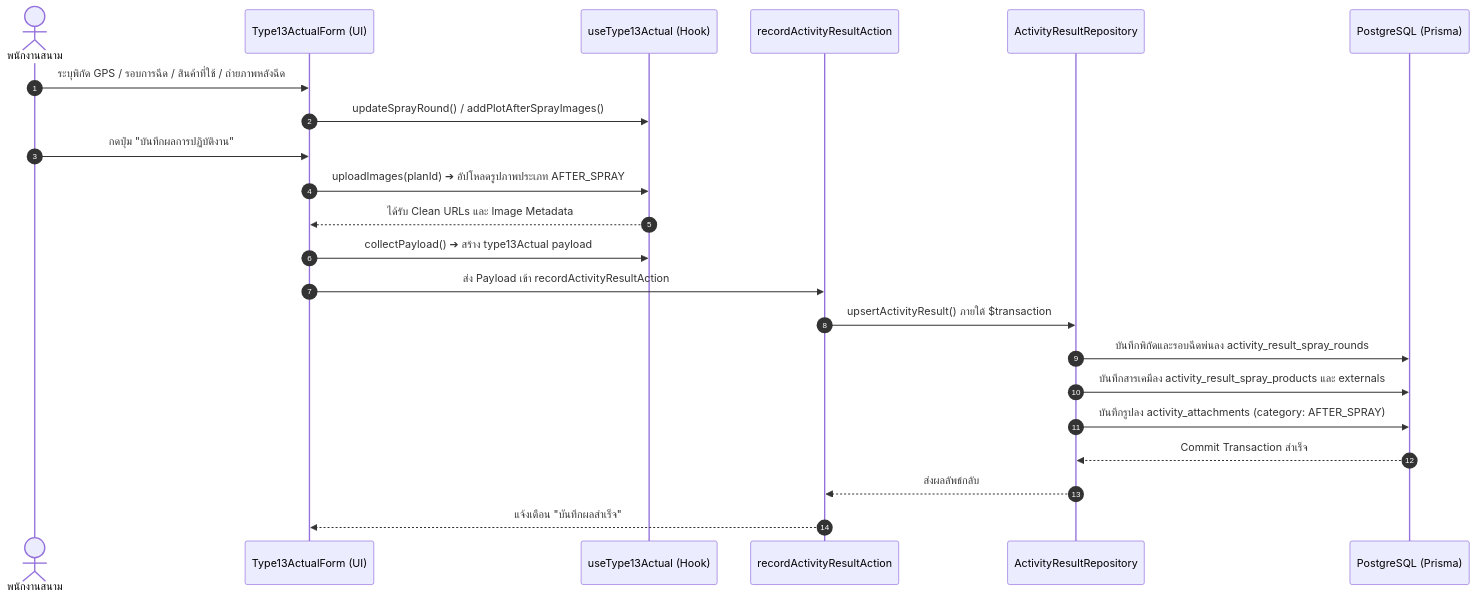
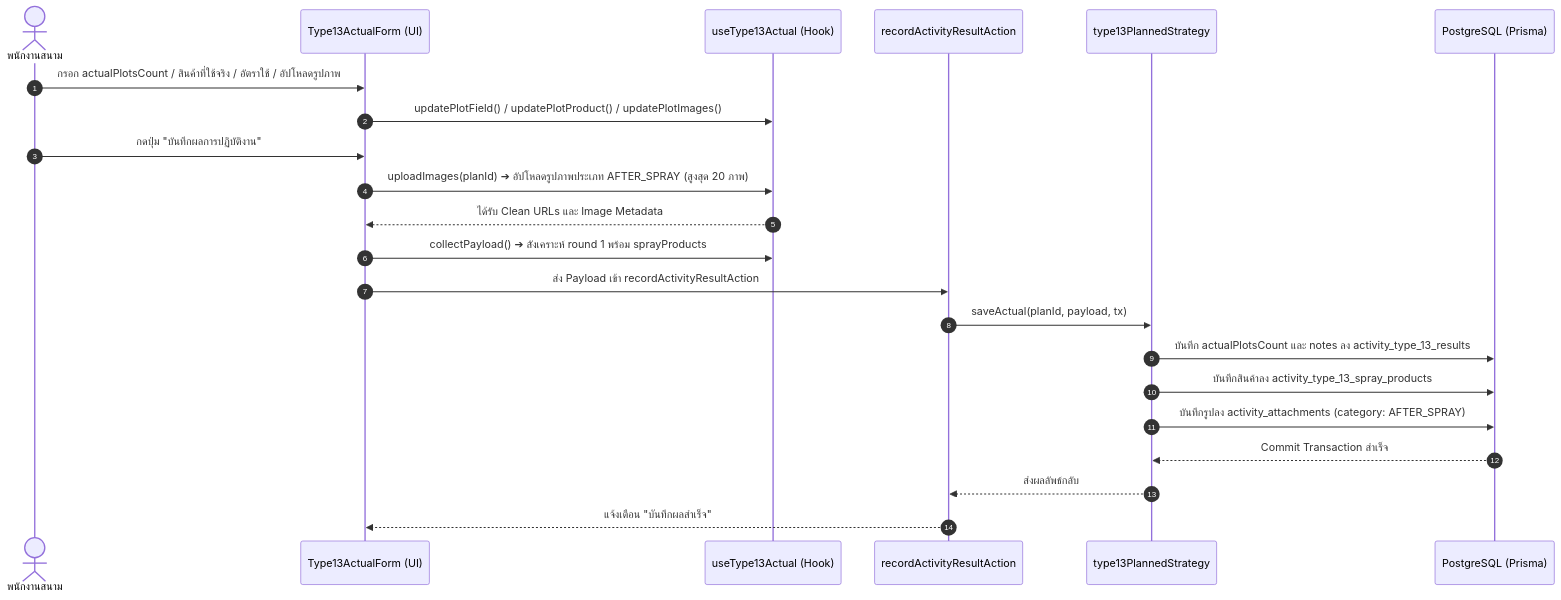
One commit to bankhk10/crm-bank changed the third of 3 diagrams in modules/activity/features/type-13/README.md. Above: the diagram before and after it, drawn with Mermaid. The commit also changed other lines of this file and 4 other files, not shown here.

````diff
--- a/modules/activity/features/type-13/README.md
+++ b/modules/activity/features/type-13/README.md
@@ -215,25 +222,25 @@
 ```mermaid
 sequenceDiagram
     autonumber
     actor User as พนักงานสนาม
     participant Form as Type13ActualForm (UI)
     participant Hook as useType13Actual (Hook)
     participant Action as recordActivityResultAction
-    participant Repo as ActivityResultRepository
+    participant Strategy as type13PlannedStrategy
     participant DB as PostgreSQL (Prisma)
 
-    User->>Form: ระบุพิกัด GPS / รอบการฉีด / สินค้าที่ใช้ / ถ่ายภาพหลังฉีด
-    Form->>Hook: updateSprayRound() / addPlotAfterSprayImages()
+    User->>Form: กรอก actualPlotsCount / สินค้าที่ใช้จริง / อัตราใช้ / อัปโหลดรูปภาพ
+    Form->>Hook: updatePlotField() / updatePlotProduct() / updatePlotImages()
     User->>Form: กดปุ่ม "บันทึกผลการปฏิบัติงาน"
-    Form->>Hook: uploadImages(planId) ➔ อัปโหลดรูปภาพประเภท AFTER_SPRAY
+    Form->>Hook: uploadImages(planId) ➔ อัปโหลดรูปภาพประเภท AFTER_SPRAY (สูงสุด 20 ภาพ)
     Hook-->>Form: ได้รับ Clean URLs และ Image Metadata
-    Form->>Hook: collectPayload() ➔ สร้าง type13Actual payload
+    Form->>Hook: collectPayload() ➔ สังเคราะห์ round 1 พร้อม sprayProducts
     Form->>Action: ส่ง Payload เข้า recordActivityResultAction
-    Action->>Repo: upsertActivityResult() ภายใต้ $transaction
-    Repo->>DB: บันทึกพิกัดและรอบฉีดพ่นลง activity_result_spray_rounds
-    Repo->>DB: บันทึกสารเคมีลง activity_result_spray_products และ externals
-    Repo->>DB: บันทึกรูปลง activity_attachments (category: AFTER_SPRAY)
-    DB-->>Repo: Commit Transaction สำเร็จ
-    Repo-->>Action: ส่งผลลัพธ์กลับ
+    Action->>Strategy: saveActual(planId, payload, tx)
+    Strategy->>DB: บันทึก actualPlotsCount และ notes ลง activity_type_13_results
+    Strategy->>DB: บันทึกสินค้าลง activity_type_13_spray_products
+    Strategy->>DB: บันทึกรูปลง activity_attachments (category: AFTER_SPRAY)
+    DB-->>Strategy: Commit Transaction สำเร็จ
+    Strategy-->>Action: ส่งผลลัพธ์กลับ
     Action-->>Form: แจ้งเตือน "บันทึกผลสำเร็จ"
 ```
````
